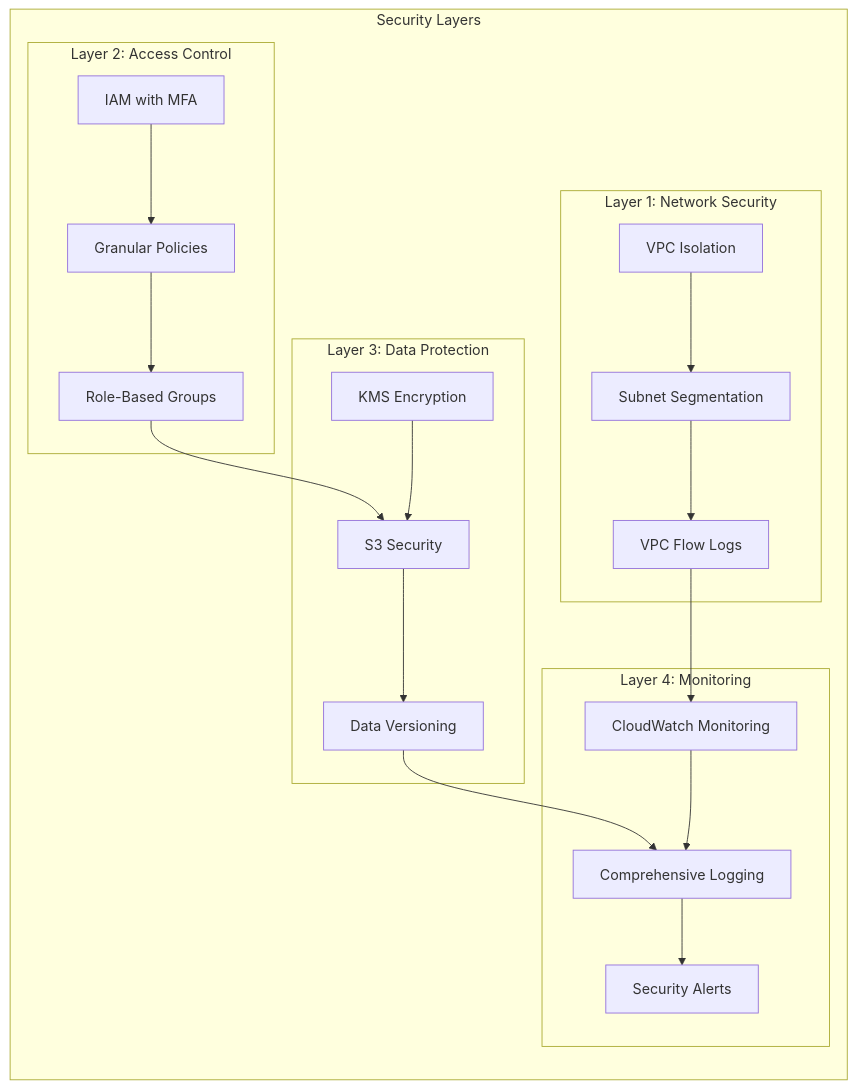
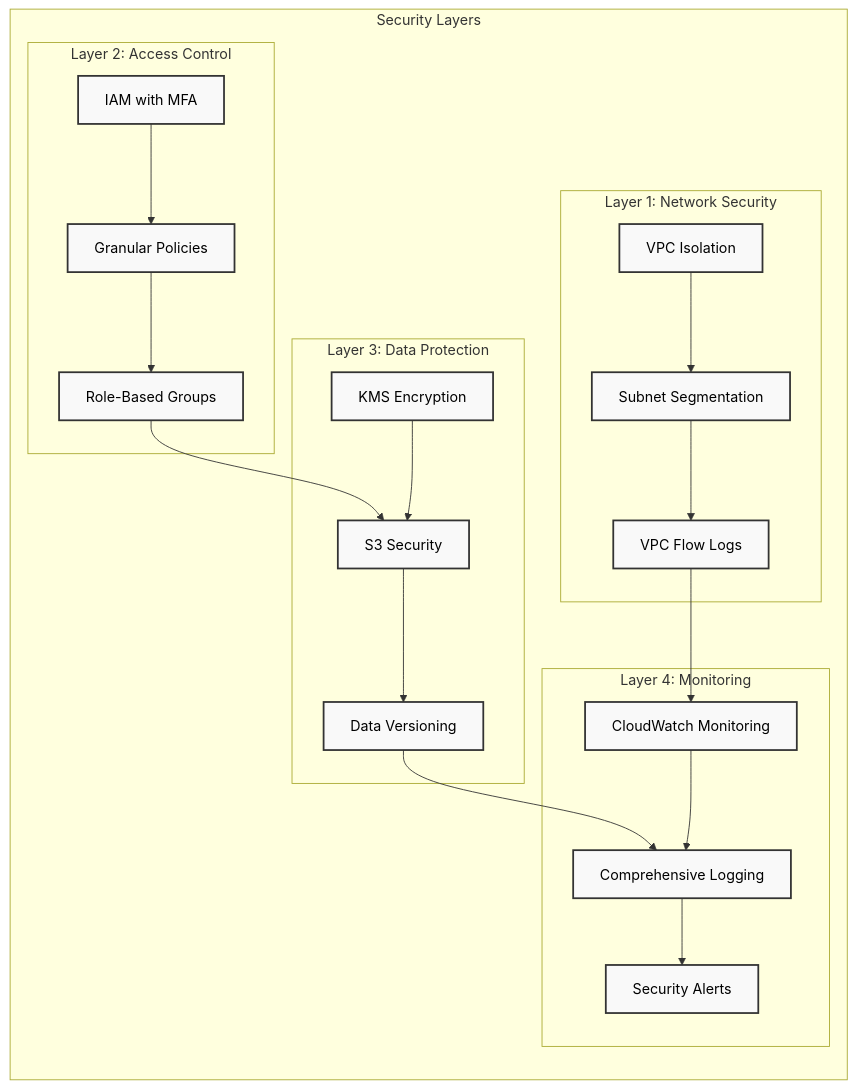
The second of 3 diagrams in infrastructure_diagram.md (kamal-buqaileh/ma7ali-infra), drawn with Mermaid before and after one commit. The commit also changed other lines of this file, not shown here.

````diff
--- a/infrastructure_diagram.md
+++ b/infrastructure_diagram.md
@@ -203,43 +203,47 @@
 ```mermaid
 graph LR
     subgraph "Security Layers"
         subgraph "Layer 1: Network Security"
             VPC[VPC Isolation]
             SUBNETS[Subnet Segmentation]
             FLOW_LOGS[VPC Flow Logs]
         end
         
         subgraph "Layer 2: Access Control"
             IAM[IAM with MFA]
             POLICIES[Granular Policies]
             GROUPS[Role-Based Groups]
         end
         
         subgraph "Layer 3: Data Protection"
             KMS[KMS Encryption]
             S3_SEC[S3 Security]
             VERSIONING[Data Versioning]
         end
         
         subgraph "Layer 4: Monitoring"
             CW_MON[CloudWatch Monitoring]
             LOGS[Comprehensive Logging]
             ALERTS[Security Alerts]
         end
     end
     
     VPC --> SUBNETS
     SUBNETS --> FLOW_LOGS
     FLOW_LOGS --> CW_MON
     
     IAM --> POLICIES
     POLICIES --> GROUPS
     GROUPS --> S3_SEC
     
     KMS --> S3_SEC
     S3_SEC --> VERSIONING
     VERSIONING --> LOGS
     
     CW_MON --> LOGS
     LOGS --> ALERTS
+    
+    %% Styling with larger fonts
+    classDef defaultStyle fill:#f9f9f9,stroke:#333,stroke-width:2px,font-size:16px,color:#000
+    class VPC,SUBNETS,FLOW_LOGS,IAM,POLICIES,GROUPS,KMS,S3_SEC,VERSIONING,CW_MON,LOGS,ALERTS defaultStyle
 ```
````
